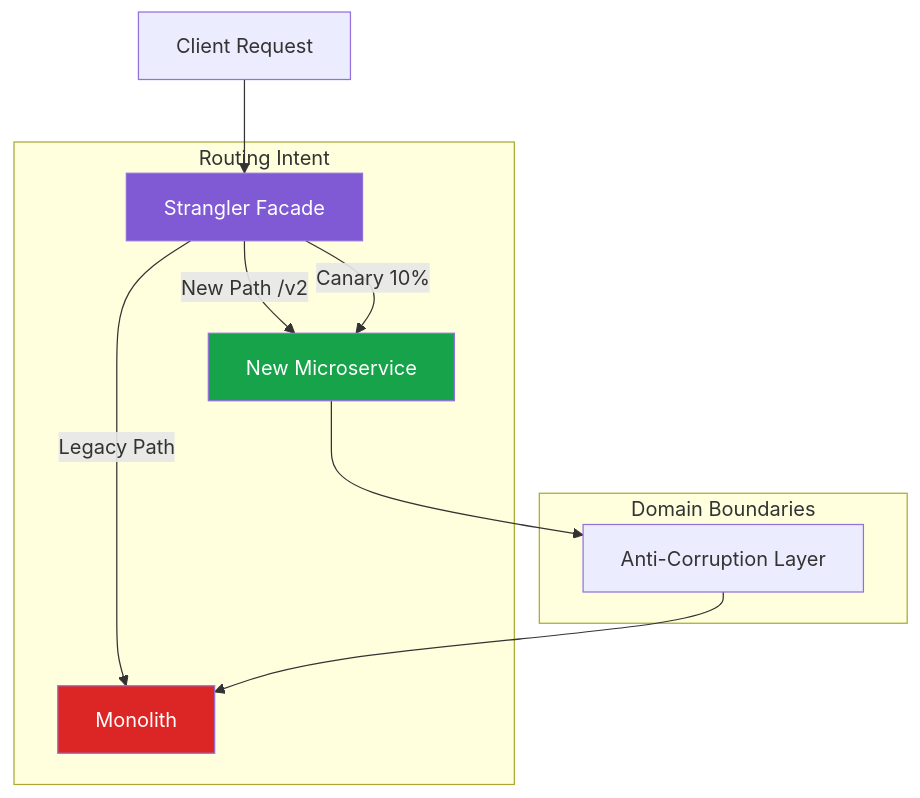
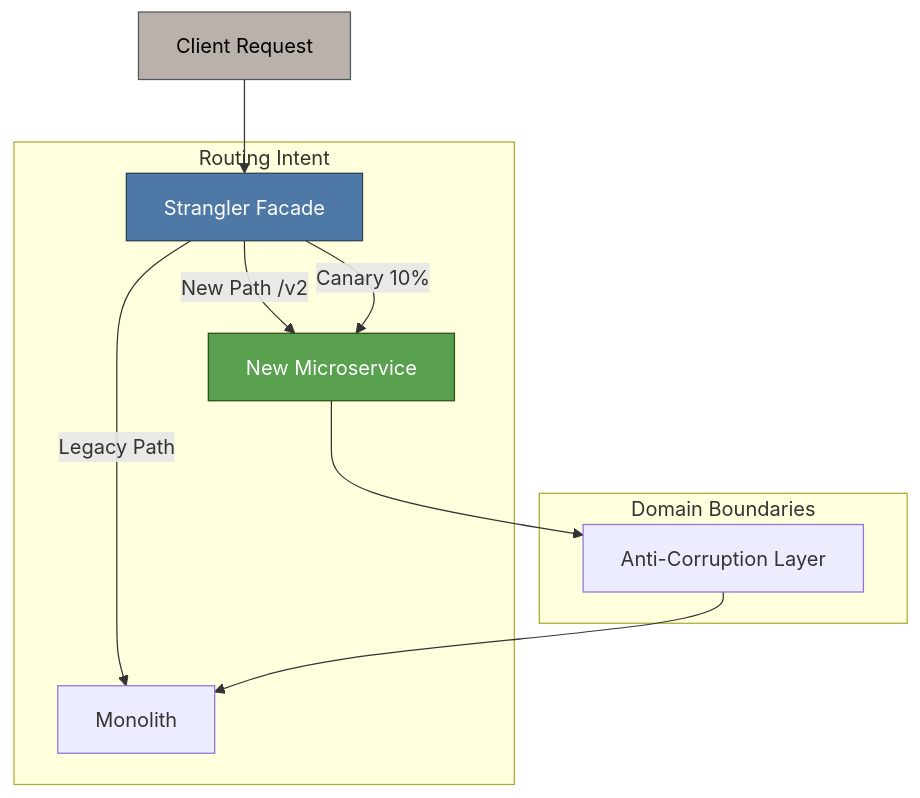
The second of 7 diagrams in src/app/[locale]/research/papers/a5-monolith-to-cloud-native-modernization/A5-PAPER-FULL.md (gchaitanyabharath9/omnigcloud), drawn with Mermaid before and after one commit. The commit also changed other lines of this file and 40 other files, not shown here.

````diff
--- a/src/app/[locale]/research/papers/a5-monolith-to-cloud-native-modernization/A5-PAPER-FULL.md
+++ b/src/app/[locale]/research/papers/a5-monolith-to-cloud-native-modernization/A5-PAPER-FULL.md
@@ -119,19 +160,23 @@
 ```mermaid
 graph TD
-    Client[Client Request] --> Facade[Strangler Facade]
-    
+    classDef Control fill:#4E79A7,stroke:#2C3E50,color:#fff;
+    classDef Data fill:#59A14F,stroke:#274E13,color:#fff;
+    classDef Policy fill:#9C6ADE,stroke:#4B0082,color:#fff;
+    classDef Obs fill:#F28E2B,stroke:#8B4513,color:#fff;
+    classDef Risk fill:#E15759,stroke:#7B241C,color:#fff;
+    classDef State fill:#76B7B2,stroke:#0E6251,color:#fff;
+    classDef Actor fill:#BAB0AC,stroke:#515A5A,color:#000;
+    Client["Client Request"] --> Facade["Strangler Facade"]
     subgraph Routing ["Routing Intent"]
-        Facade -->|New Path /v2| Micro[New Microservice]
-        Facade -->|Legacy Path| Mono[Monolith]
-        Facade -->|Canary 10%| Micro
+    Facade -->|New Path /v2| Micro["New Microservice"]
+    Facade -->|Legacy Path| Mono["Monolith"]
+    Facade -->|Canary 10%| Micro
     end
-
     subgraph Boundaries ["Domain Boundaries"]
-        Micro --> ACL[Anti-Corruption Layer]
-        ACL --> Mono
+    Micro --> ACL["Anti-Corruption Layer"]
+    ACL --> Mono
     end
-
-    style Facade fill:#805ad5,color:white
-    style Micro fill:#16a34a,color:white
-    style Mono fill:#dc2626,color:white
+    class Client Actor;
+    class Facade Control;
+    class Micro Data;
 ```
````
